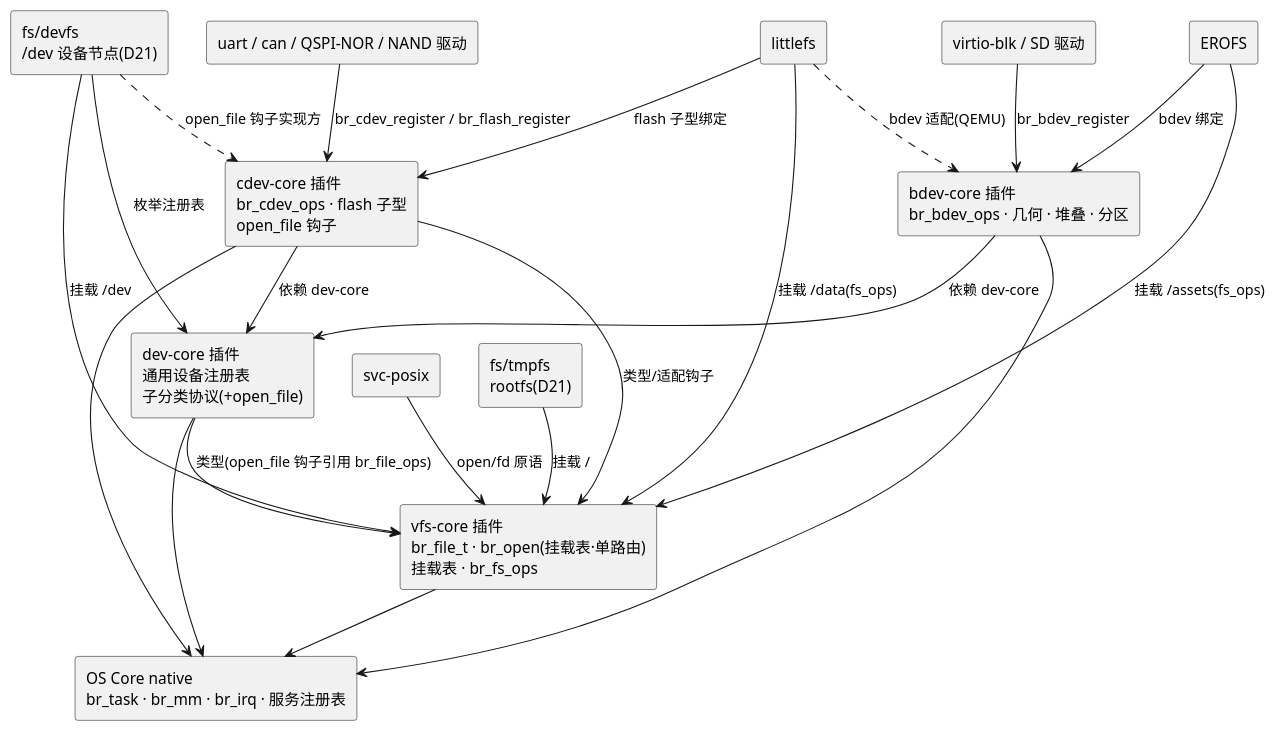
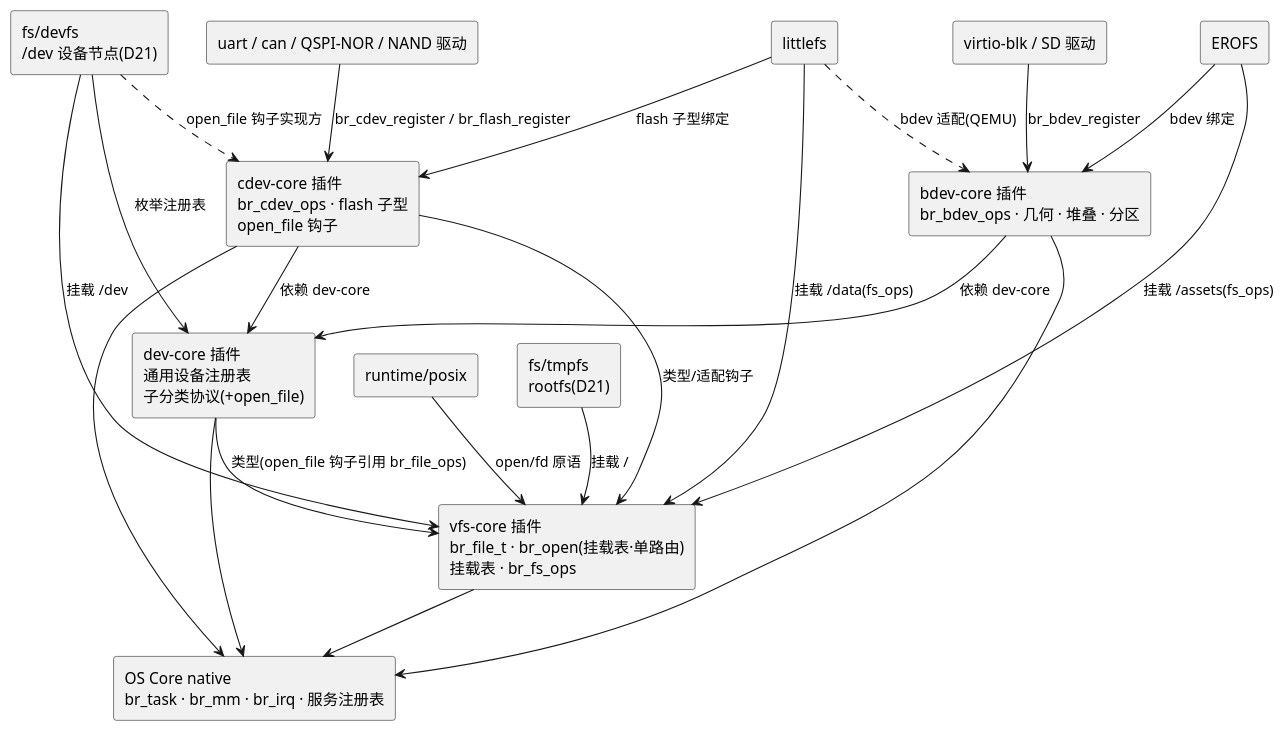
Before and after one commit to zhuyh4n9/brickOS: the diagram in docs/8-device/plantUML/8-01-device-01.puml, drawn with PlantUML. The commit also changed 28 other files, not shown here.

First line of the commit message:
设计侧跟改: POSIX 运行时改名 runtime/posix(+ runtime 命名空间)、链接契约回灌、fd 表归属收口

```diff
--- a/docs/8-device/plantUML/8-01-device-01.puml
+++ b/docs/8-device/plantUML/8-01-device-01.puml
@@ -1,37 +1,37 @@
 @startuml
 skinparam componentStyle rectangle
 
-[svc-posix] as PXP
+[runtime/posix] as PXP
 [fs/tmpfs\nrootfs(D21)] as TMP
 [fs/devfs\n/dev 设备节点(D21)] as DFS
 [littlefs] as LF
 [EROFS] as EF
 [vfs-core 插件\nbr_file_t · br_open(挂载表·单路由)\n挂载表 · br_fs_ops] as VFSC
 [cdev-core 插件\nbr_cdev_ops · flash 子型\nopen_file 钩子] as CDEVC
 [dev-core 插件\n通用设备注册表\n子分类协议(+open_file)] as DEVC
 [bdev-core 插件\nbr_bdev_ops · 几何 · 堆叠 · 分区] as BDEVC
 [virtio-blk / SD 驱动] as VBD
 [uart / can / QSPI-NOR / NAND 驱动] as QN
 [OS Core native\nbr_task · br_mm · br_irq · 服务注册表] as COREN
 
 PXP --> VFSC : open/fd 原语
 TMP --> VFSC : 挂载 /
 DFS --> VFSC : 挂载 /dev
 LF --> VFSC : 挂载 /data(fs_ops)
 EF --> VFSC : 挂载 /assets(fs_ops)
 LF --> CDEVC : flash 子型绑定
 LF ..> BDEVC : bdev 适配(QEMU)
 EF --> BDEVC : bdev 绑定
 DFS --> DEVC : 枚举注册表
 DFS ..> CDEVC : open_file 钩子实现方
 VBD --> BDEVC : br_bdev_register
 QN --> CDEVC : br_cdev_register / br_flash_register
 BDEVC --> DEVC : 依赖 dev-core
 CDEVC --> DEVC : 依赖 dev-core
 CDEVC --> VFSC : 类型/适配钩子
 DEVC --> VFSC : 类型(open_file 钩子引用 br_file_ops)
 DEVC --> COREN
 VFSC --> COREN
 CDEVC --> COREN
 BDEVC --> COREN
 @enduml
```
